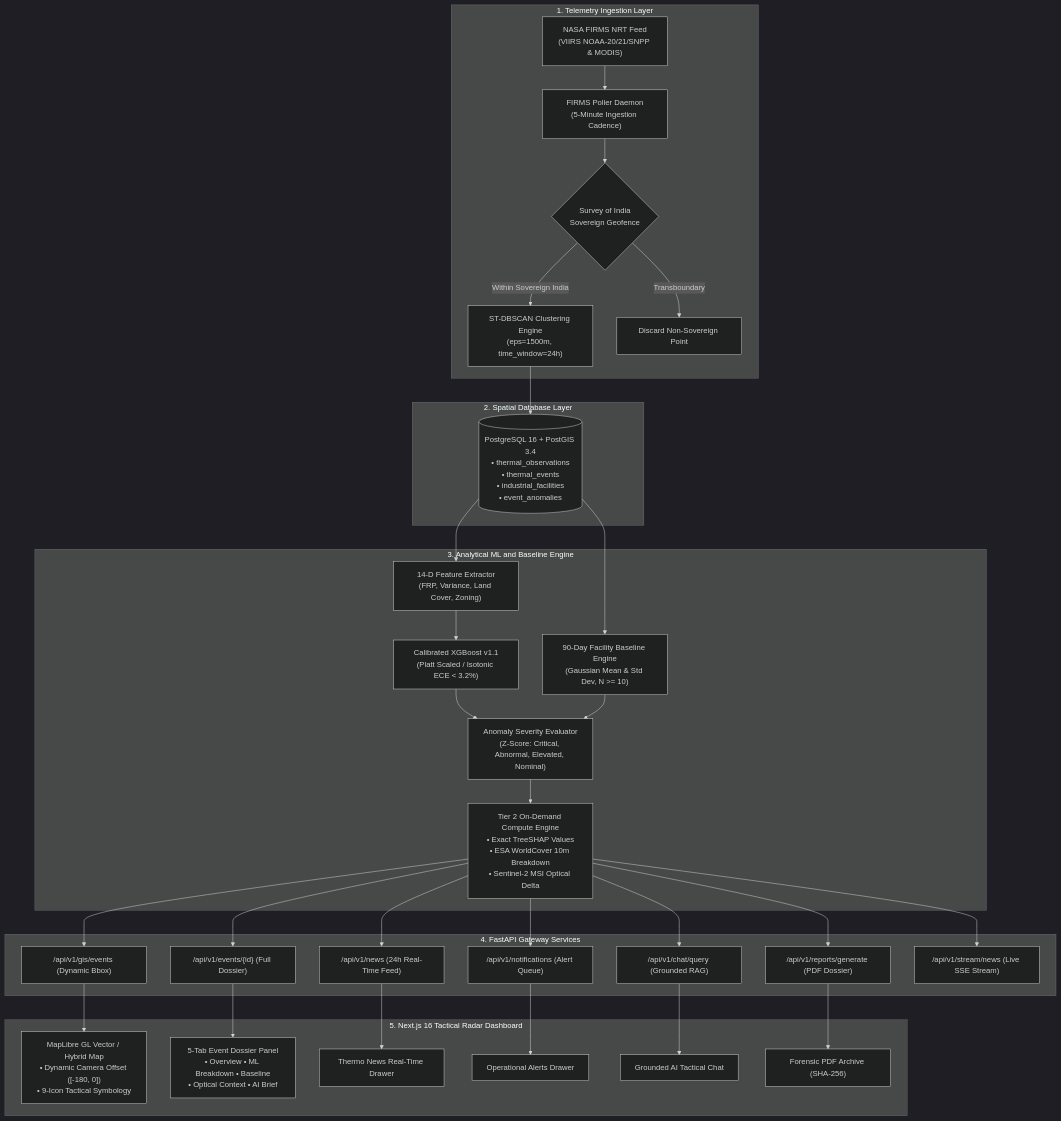
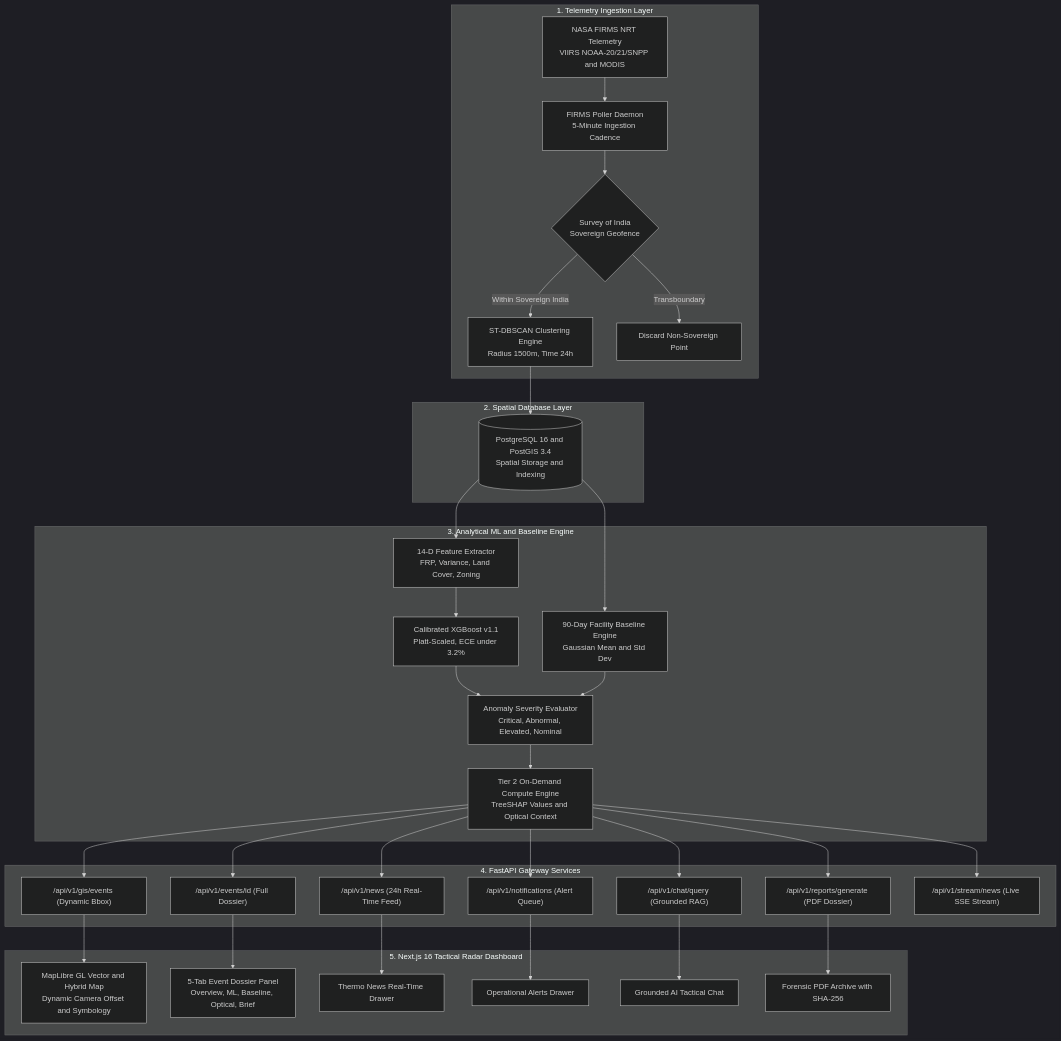
One commit to sharancode3/ThermoTrace-AI changed the diagram in README.md. Above: the diagram before and after it, drawn with Mermaid (dark theme).

Commit message:
fix(docs): fix Mermaid diagram syntax in README for 100% GitHub renderer compliance

````diff
--- a/README.md
+++ b/README.md
@@ -113,41 +113,41 @@
 ```mermaid
 flowchart TD
     subgraph INGESTION["1. Telemetry Ingestion Layer"]
-        FIRMS["NASA FIRMS NRT Feed<br/>(VIIRS NOAA-20/21/SNPP & MODIS)"] --> DAEMON["FIRMS Poller Daemon<br/>(5-Minute Ingestion Cadence)"]
+        FIRMS["NASA FIRMS NRT Telemetry<br/>VIIRS NOAA-20/21/SNPP and MODIS"] --> DAEMON["FIRMS Poller Daemon<br/>5-Minute Ingestion Cadence"]
         DAEMON --> GEOFENCE{"Survey of India<br/>Sovereign Geofence"}
-        GEOFENCE -->|Within Sovereign India| ST_DBSCAN["ST-DBSCAN Clustering Engine<br/>(eps=1500m, time_window=24h)"]
+        GEOFENCE -->|Within Sovereign India| ST_DBSCAN["ST-DBSCAN Clustering Engine<br/>Radius 1500m, Time 24h"]
         GEOFENCE -->|Transboundary| DISCARD["Discard Non-Sovereign Point"]
     end
 
     subgraph DATABASE["2. Spatial Database Layer"]
-        ST_DBSCAN --> POSTGIS[("PostgreSQL 16 + PostGIS 3.4<br/>• thermal_observations<br/>• thermal_events<br/>• industrial_facilities<br/>• event_anomalies")]
+        ST_DBSCAN --> POSTGIS[("PostgreSQL 16 and PostGIS 3.4<br/>Spatial Storage and Indexing")]
     end
 
     subgraph ANALYTICS["3. Analytical ML and Baseline Engine"]
-        POSTGIS --> FEAT_ENG["14-D Feature Extractor<br/>(FRP, Variance, Land Cover, Zoning)"]
-        FEAT_ENG --> XGB["Calibrated XGBoost v1.1<br/>(Platt Scaled / Isotonic ECE < 3.2%)"]
-        POSTGIS --> BASELINE["90-Day Facility Baseline Engine<br/>(Gaussian Mean & Std Dev, N >= 10)"]
-        XGB --> ANOM_EVAL["Anomaly Severity Evaluator<br/>(Z-Score: Critical, Abnormal, Elevated, Nominal)"]
+        POSTGIS --> FEAT_ENG["14-D Feature Extractor<br/>FRP, Variance, Land Cover, Zoning"]
+        FEAT_ENG --> XGB["Calibrated XGBoost v1.1<br/>Platt-Scaled, ECE under 3.2%"]
+        POSTGIS --> BASELINE["90-Day Facility Baseline Engine<br/>Gaussian Mean and Std Dev"]
+        XGB --> ANOM_EVAL["Anomaly Severity Evaluator<br/>Critical, Abnormal, Elevated, Nominal"]
         BASELINE --> ANOM_EVAL
-        ANOM_EVAL --> TIER2["Tier 2 On-Demand Compute Engine<br/>• Exact TreeSHAP Values<br/>• ESA WorldCover 10m Breakdown<br/>• Sentinel-2 MSI Optical Delta"]
+        ANOM_EVAL --> TIER2["Tier 2 On-Demand Compute Engine<br/>TreeSHAP Values and Optical Context"]
     end
 
-    subgraph API["4. FastAPI Gateway Services"]
+    subgraph GATEWAY["4. FastAPI Gateway Services"]
         TIER2 --> API_GIS["/api/v1/gis/events (Dynamic Bbox)"]
-        TIER2 --> API_EVT["/api/v1/events/{id} (Full Dossier)"]
+        TIER2 --> API_EVT["/api/v1/events/id (Full Dossier)"]
         TIER2 --> API_NEWS["/api/v1/news (24h Real-Time Feed)"]
         TIER2 --> API_NOTIF["/api/v1/notifications (Alert Queue)"]
         TIER2 --> API_RPT["/api/v1/reports/generate (PDF Dossier)"]
         TIER2 --> API_CHAT["/api/v1/chat/query (Grounded RAG)"]
         TIER2 --> API_SSE["/api/v1/stream/news (Live SSE Stream)"]
     end
 
     subgraph FRONTEND["5. Next.js 16 Tactical Radar Dashboard"]
-        API_GIS --> MAP["MapLibre GL Vector / Hybrid Map<br/>• Dynamic Camera Offset ([-180, 0])<br/>• 9-Icon Tactical Symbology"]
-        API_EVT --> DOSSIER["5-Tab Event Dossier Panel<br/>• Overview • ML Breakdown • Baseline<br/>• Optical Context • AI Brief"]
+        API_GIS --> MAP["MapLibre GL Vector and Hybrid Map<br/>Dynamic Camera Offset and Symbology"]
+        API_EVT --> DOSSIER["5-Tab Event Dossier Panel<br/>Overview, ML, Baseline, Optical, Brief"]
         API_NEWS --> NEWS_DRAWER["Thermo News Real-Time Drawer"]
         API_NOTIF --> ALERTS_DRAWER["Operational Alerts Drawer"]
         API_CHAT --> CHAT_DRAWER["Grounded AI Tactical Chat"]
-        API_RPT --> REPORT_ARCHIVE["Forensic PDF Archive (SHA-256)"]
+        API_RPT --> REPORT_ARCHIVE["Forensic PDF Archive with SHA-256"]
     end
 ```
````
